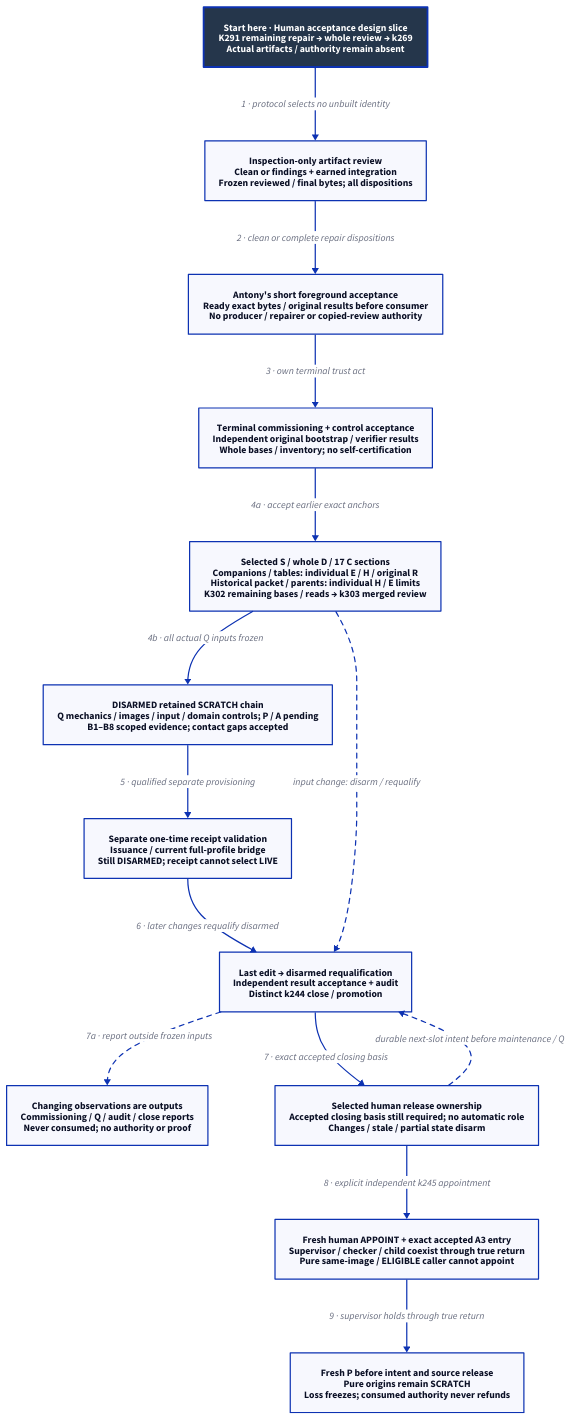
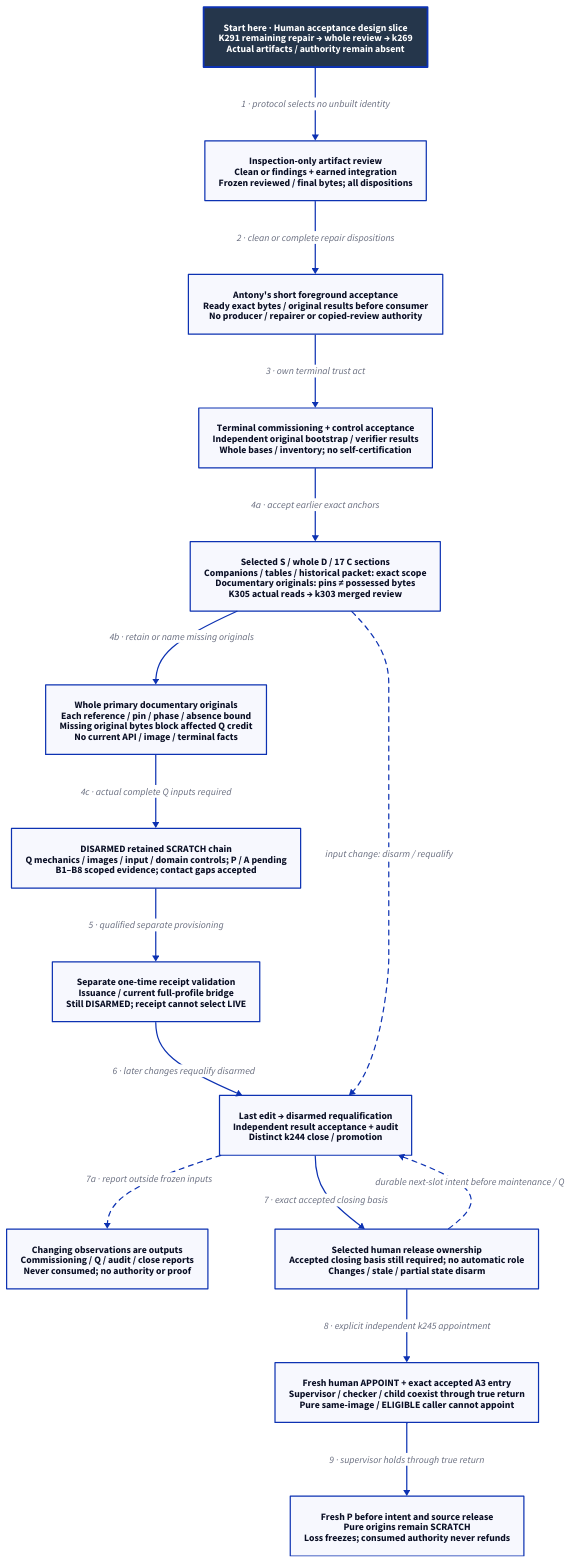
Before and after one commit to Linkuistics/Koine: the diagram in docs/design/architecture/native-reference-proof.d2, drawn with D2. The commit also changed 9 other files, not shown here.

Commit message:
Inventory documentary reference bases (reference-evidence-documentary-basis-membership-k304); decompose reference-evidence-basis-read-membership-k302

```diff
--- a/docs/design/architecture/native-reference-proof.d2
+++ b/docs/design/architecture/native-reference-proof.d2
@@ -1,30 +1,32 @@
 # Proposed dependency flow; root, tools and controls remain unqualified.
 direction: down
 classes: {
   start: {style: {fill: "#25364B"; font-color: "#FFFFFF"; bold: true; stroke-width: 3}}
 }
 Start: "Start here · Human acceptance design slice\nK291 remaining repair → whole review → k269\nActual artifacts / authority remain absent" {class: start}
 Review: "Inspection-only artifact review\nClean or findings + earned integration\nFrozen reviewed / final bytes; all dispositions"
 Owner: "Antony's short foreground acceptance\nReady exact bytes / original results before consumer\nNo producer / repairer or copied-review authority"
 Self: "Terminal commissioning + control acceptance\nIndependent original bootstrap / verifier results\nWhole bases / inventory; no self-certification"
 Qualification: "DISARMED retained SCRATCH chain\nQ mechanics / images / input / domain controls; P / A pending\nB1–B8 scoped evidence; contact gaps accepted"
-Inputs: "Selected S / whole D / 17 C sections\nCompanions / tables: individual E / H / original R\nHistorical packet / parents: individual H / E limits\nK302 remaining bases / reads → k303 merged review"
+Inputs: "Selected S / whole D / 17 C sections\nCompanions / tables / historical packet: exact scope\nDocumentary originals: pins ≠ possessed bytes\nK305 actual reads → k303 merged review"
+Bases: "Whole primary documentary originals\nEach reference / pin / phase / absence bound\nMissing original bytes block affected Q credit\nNo current API / image / terminal facts"
 Report: "Changing observations are outputs\nCommissioning / Q / audit / close reports\nNever consumed; no authority or proof"
 Receipt: "Separate one-time receipt validation\nIssuance / current full-profile bridge\nStill DISARMED; receipt cannot select LIVE"
 Final: "Last edit → disarmed requalification\nIndependent result acceptance + audit\nDistinct k244 close / promotion"
 Release: "Selected human release ownership\nAccepted closing basis still required; no automatic role\nChanges / stale / partial state disarm"
 Channel: "Fresh human APPOINT + exact accepted A3 entry\nSupervisor / checker / child coexist through true return\nPure same-image / ELIGIBLE caller cannot appoint"
 Boundary: "Fresh P before intent and source release\nPure origins remain SCRATCH\nLoss freezes; consumed authority never refunds"
 Start -> Review: "1 · protocol selects no unbuilt identity"
 Review -> Owner: "2 · clean or complete repair dispositions"
 Owner -> Self: "3 · own terminal trust act"
 Self -> Inputs: "4a · accept earlier exact anchors"
-Inputs -> Qualification: "4b · all actual Q inputs frozen"
+Inputs -> Bases: "4b · retain or name missing originals"
+Bases -> Qualification: "4c · actual complete Q inputs required"
 Qualification -> Receipt: "5 · qualified separate provisioning"
 Receipt -> Final: "6 · later changes requalify disarmed"
 Final -> Release: "7 · exact accepted closing basis"
 Final -> Report: "7a · report outside frozen inputs" {style.stroke-dash: 4}
 Inputs -> Final: "input change: disarm / requalify" {style.stroke-dash: 4}
 Release -> Final: "durable next-slot intent before maintenance / Q" {style.stroke-dash: 4}
 Release -> Channel: "8 · explicit independent k245 appointment"
 Channel -> Boundary: "9 · supervisor holds through true return"
```
